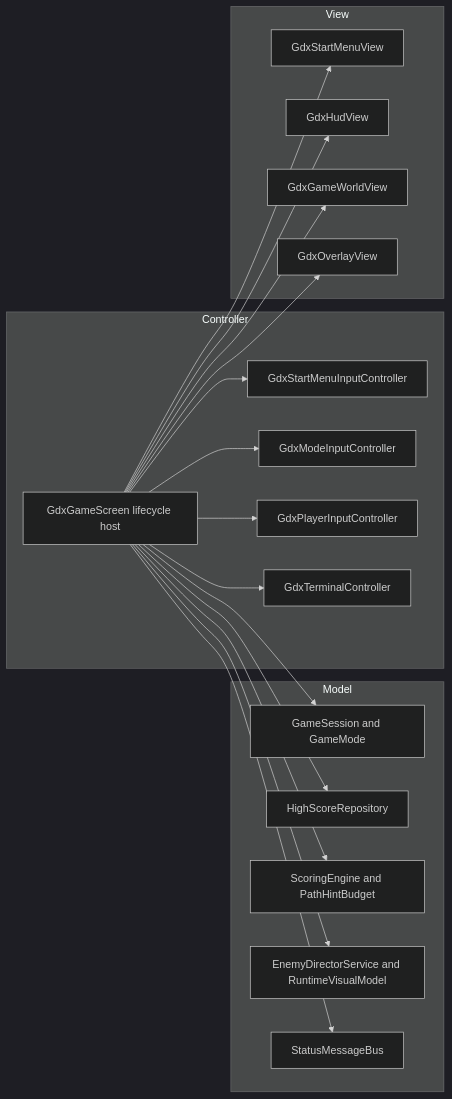
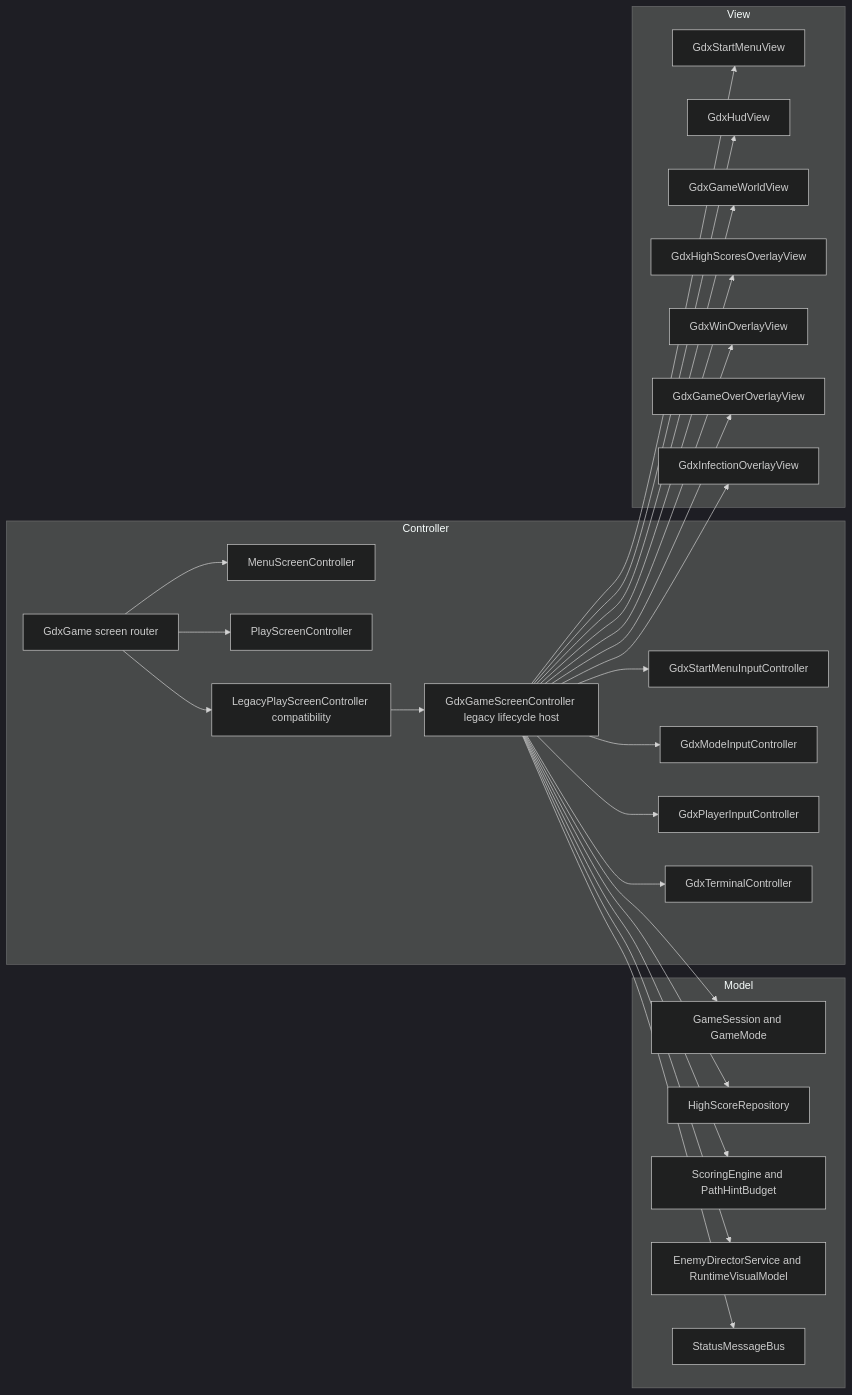
Before and after one commit to itnifl/MazeGame: the diagram in readme.md, drawn with Mermaid (dark theme). The commit also changed 167 other files, not shown here.

````diff
--- a/readme.md
+++ b/readme.md
@@ -169,41 +169,56 @@
 ```mermaid
 flowchart LR
   subgraph Model
     GS[GameSession and GameMode]
     RH[HighScoreRepository]
     SC[ScoringEngine and PathHintBudget]
     RT[EnemyDirectorService and RuntimeVisualModel]
     SB[StatusMessageBus]
   end
 
   subgraph Controller
-    GGS[GdxGameScreen lifecycle host]
+    GG[GdxGame screen router]
+    MSC[MenuScreenController]
+    PSC[PlayScreenController]
+    LSC[LegacyPlayScreenController compatibility]
+    GGS[GdxGameScreenController legacy lifecycle host]
     SMI[GdxStartMenuInputController]
     MI[GdxModeInputController]
     PI[GdxPlayerInputController]
     TI[GdxTerminalController]
   end
 
   subgraph View
     SMV[GdxStartMenuView]
     HV[GdxHudView]
     WV[GdxGameWorldView]
-    OV[GdxOverlayView]
+    HSV[GdxHighScoresOverlayView]
+    WIV[GdxWinOverlayView]
+    GOV[GdxGameOverOverlayView]
+    IFV[GdxInfectionOverlayView]
   end
+
+  GG --> MSC
+  GG --> PSC
+  GG --> LSC
+  LSC --> GGS
 
   GGS --> GS
   GGS --> RH
   GGS --> SC
   GGS --> RT
   GGS --> SB
 
   GGS --> SMI
   GGS --> MI
   GGS --> PI
   GGS --> TI
 
   GGS --> SMV
   GGS --> HV
   GGS --> WV
-  GGS --> OV
+  GGS --> HSV
+  GGS --> WIV
+  GGS --> GOV
+  GGS --> IFV
 ```
````
